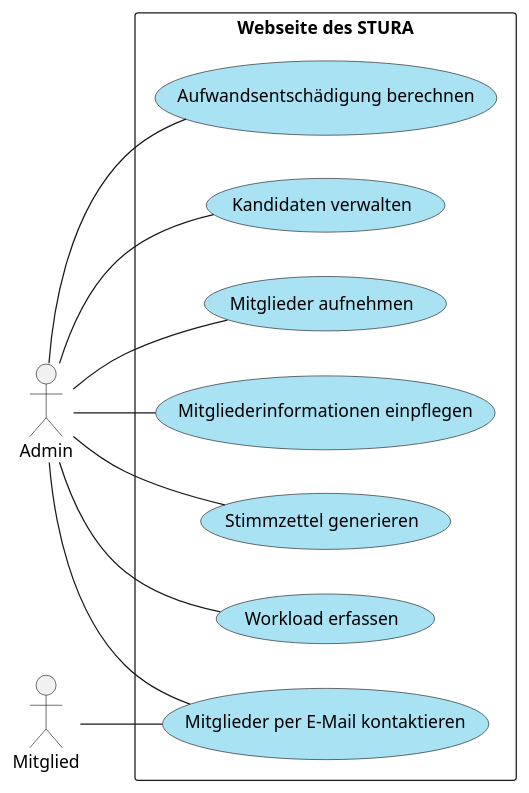
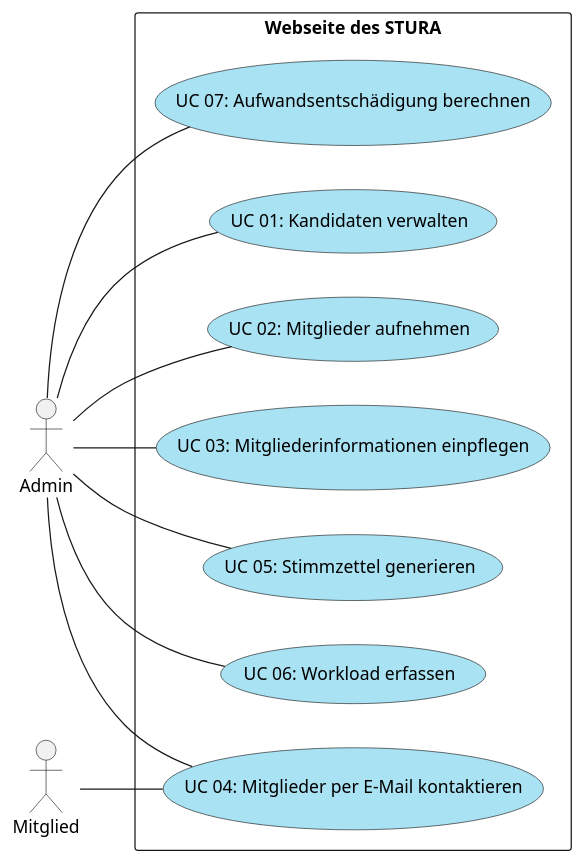
One commit to ManuelaZiesche/Projektbericht changed the diagram in Anforderungsspezifikation/use_case_model.puml. Above: the diagram before and after it, drawn with PlantUML. The commit also changed 9 other files, not shown here.

```diff
--- a/Anforderungsspezifikation/use_case_model.puml
+++ b/Anforderungsspezifikation/use_case_model.puml
@@ -1,28 +1,28 @@
 @startuml diagramm_use_case-model
 left to right direction
 
 actor Admin 
 
 
 rectangle "Webseite des STURA" {
-  "Kandidaten verwalten" as (uc01) #A9E2F3
-  "Mitglieder aufnehmen" as (uc02) #A9E2F3
-  "Mitgliederinformationen einpflegen" as (uc03) #A9E2F3
-  "Mitglieder per E-Mail kontaktieren" as (uc04) #A9E2F3
-  "Stimmzettel generieren" as (uc05) #A9E2F3
-  "Workload erfassen" as (uc06) #A9E2F3
-  "Aufwandsentschädigung berechnen" as (uc07) #A9E2F3
+  "UC 01: Kandidaten verwalten" as (uc01) #A9E2F3
+  "UC 02: Mitglieder aufnehmen" as (uc02) #A9E2F3
+  "UC 03: Mitgliederinformationen einpflegen" as (uc03) #A9E2F3
+  "UC 04: Mitglieder per E-Mail kontaktieren" as (uc04) #A9E2F3
+  "UC 05: Stimmzettel generieren" as (uc05) #A9E2F3
+  "UC 06: Workload erfassen" as (uc06) #A9E2F3
+  "UC 07: Aufwandsentschädigung berechnen" as (uc07) #A9E2F3
 }
 
 
 Admin -- (uc01)
 Admin -- (uc02)
 Admin -- (uc03)
 Admin -- (uc04)
 Mitglied -- (uc04)
 Admin -- (uc05)
 Admin -- (uc06)
 Admin -- (uc07)
 
 
 @enduml
```
